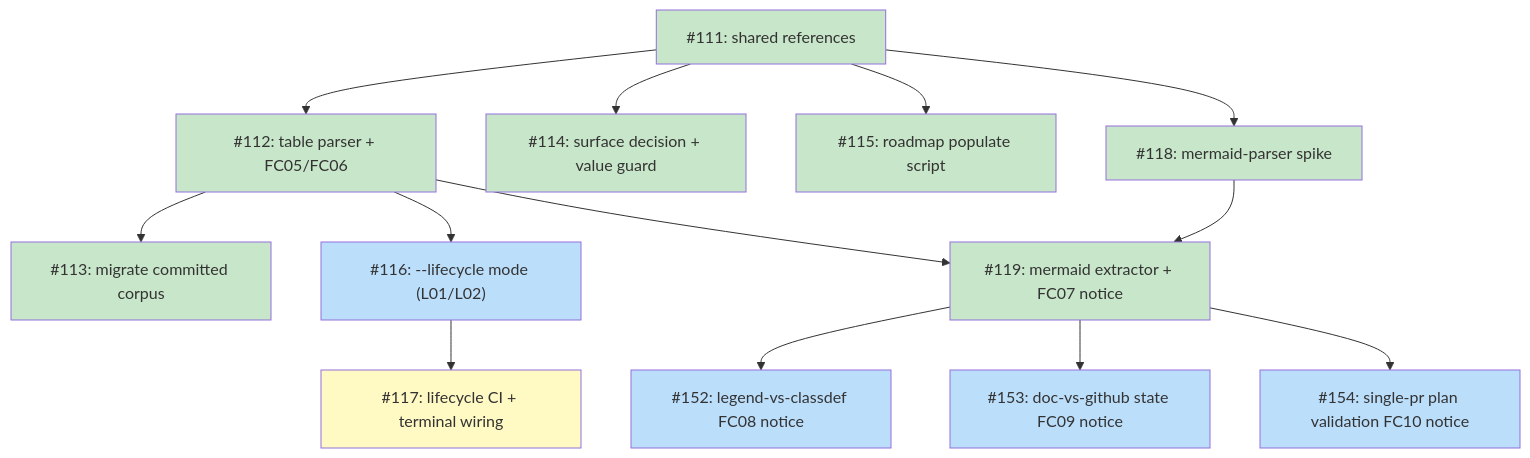
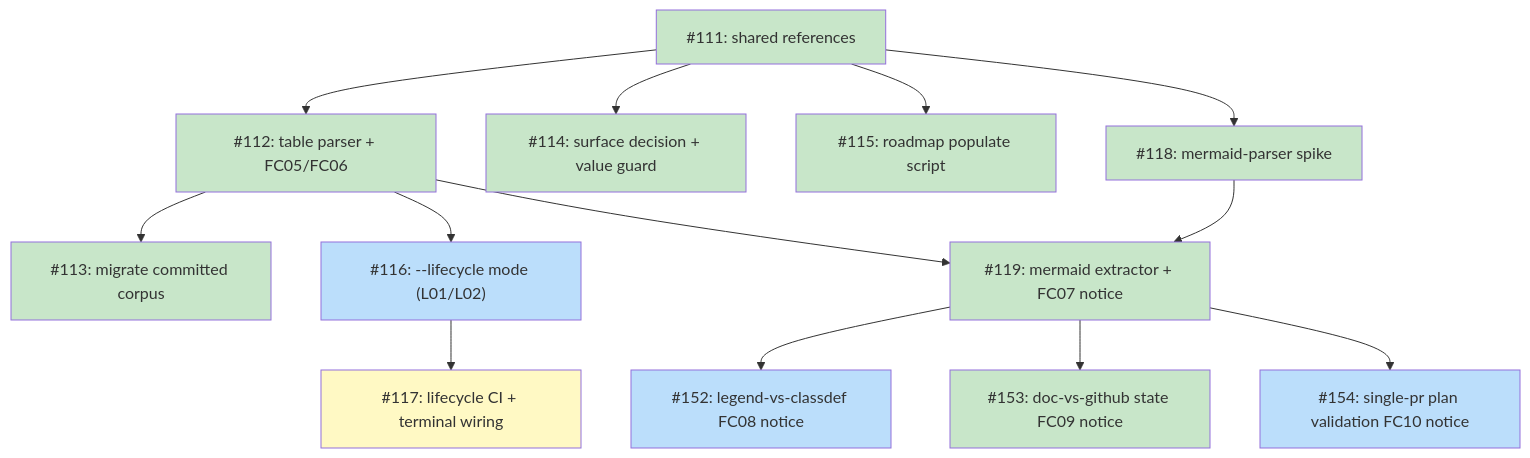
The diagram in docs/plans/PLAN-roadmap-plan-standardization.md (tsukumogami/shirabe), drawn with Mermaid before and after one commit. The commit also changed other lines of this file, not shown here.

Commit message:
docs(plan): strikethrough fc09 row and update class assignment after #167

````diff
--- a/docs/plans/PLAN-roadmap-plan-standardization.md
+++ b/docs/plans/PLAN-roadmap-plan-standardization.md
@@ -93,42 +93,42 @@
 ```mermaid
 graph TD
     I111["#111: shared references"]
     I112["#112: table parser + FC05/FC06"]
     I113["#113: migrate committed corpus"]
     I114["#114: surface decision + value guard"]
     I115["#115: roadmap populate script"]
     I116["#116: --lifecycle mode (L01/L02)"]
     I117["#117: lifecycle CI + terminal wiring"]
     I118["#118: mermaid-parser spike"]
     I119["#119: mermaid extractor + FC07 notice"]
     I152["#152: legend-vs-classdef FC08 notice"]
     I153["#153: doc-vs-github state FC09 notice"]
     I154["#154: single-pr plan validation FC10 notice"]
 
     I111 --> I112
     I111 --> I114
     I111 --> I115
     I111 --> I118
     I112 --> I113
     I112 --> I116
     I112 --> I119
     I116 --> I117
     I118 --> I119
     I119 --> I152
     I119 --> I153
     I119 --> I154
 
     classDef done fill:#c8e6c9
     classDef ready fill:#bbdefb
     classDef blocked fill:#fff9c4
     classDef needsDesign fill:#e1bee7
     classDef needsPrd fill:#b3e5fc
     classDef needsSpike fill:#ffcdd2
     classDef needsDecision fill:#d1c4e9
     classDef tracksDesign fill:#FFE0B2,stroke:#F57C00,color:#000
     classDef tracksPlan fill:#FFE0B2,stroke:#F57C00,color:#000
 
-    class I111,I112,I113,I114,I115,I118,I119 done
-    class I116,I152,I153,I154 ready
+    class I111,I112,I113,I114,I115,I118,I119,I153 done
+    class I116,I152,I154 ready
     class I117 blocked
 ```
````
